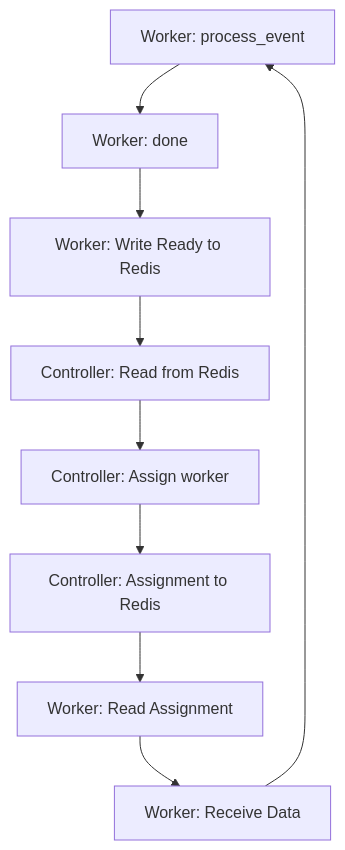
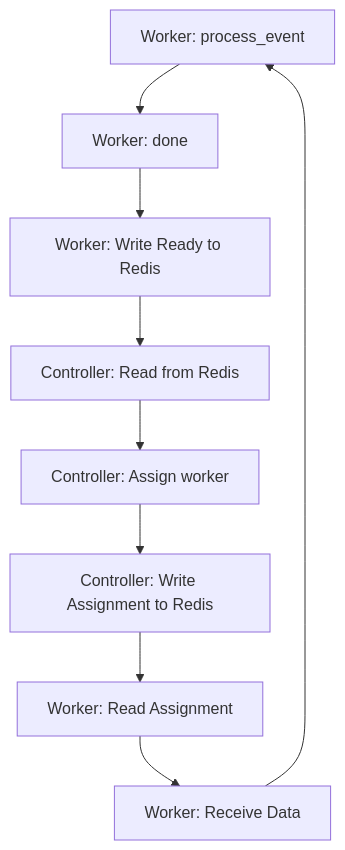
The diagram in docs/reference/high_rate.md (felix-engelmann/dranspose), drawn with Mermaid before and after one commit.

````diff
--- a/docs/reference/high_rate.md
+++ b/docs/reference/high_rate.md
@@ -13,11 +13,11 @@
 ```mermaid
 flowchart TD
     process_event[Worker: process_event] --> worker_ready[Worker: done]
     worker_ready --> ready_redis[Worker: Write Ready to Redis]
     ready_redis --> contr_read[Controller: Read from Redis]
     contr_read --> assign[Controller: Assign worker]
-    assign --> write[Controller: Assignment to Redis]
+    assign --> write[Controller: Write Assignment to Redis]
     write --> worker_read[Worker: Read Assignment]
     worker_read --> receive[Worker: Receive Data]
     receive --> process_event
 ```
````
